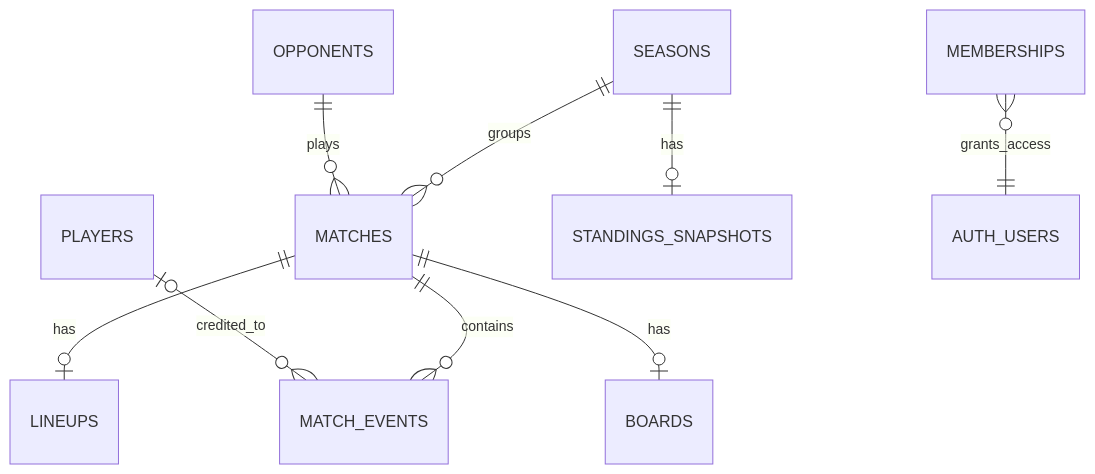
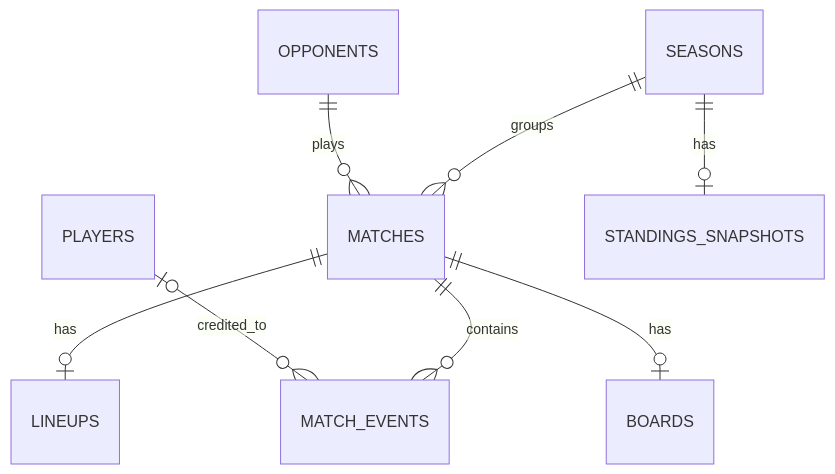
One commit to cosmosans/tbfc changed the diagram in docs/data-model.md. Above: the diagram before and after it, drawn with Mermaid. The commit also changed other lines of this file and 10 other files, not shown here.

````diff
--- a/docs/data-model.md
+++ b/docs/data-model.md
@@ -5,11 +5,10 @@
 ```mermaid
 erDiagram
   SEASONS ||--o{ MATCHES : groups
   OPPONENTS ||--o{ MATCHES : plays
   MATCHES ||--o{ MATCH_EVENTS : contains
   PLAYERS o|--o{ MATCH_EVENTS : credited_to
   MATCHES ||--o| LINEUPS : has
   MATCHES ||--o| BOARDS : has
   SEASONS ||--o| STANDINGS_SNAPSHOTS : has
-  MEMBERSHIPS }o--|| AUTH_USERS : grants_access
 ```
````
